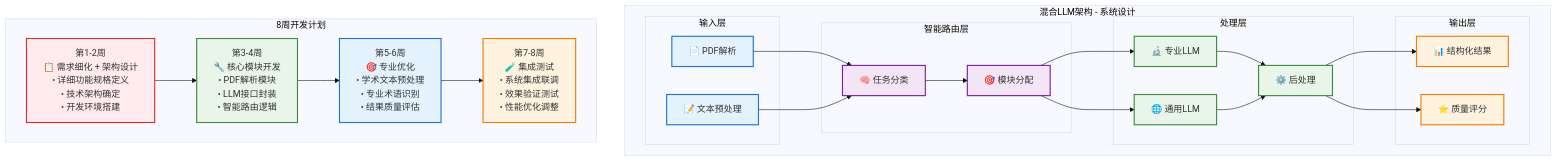
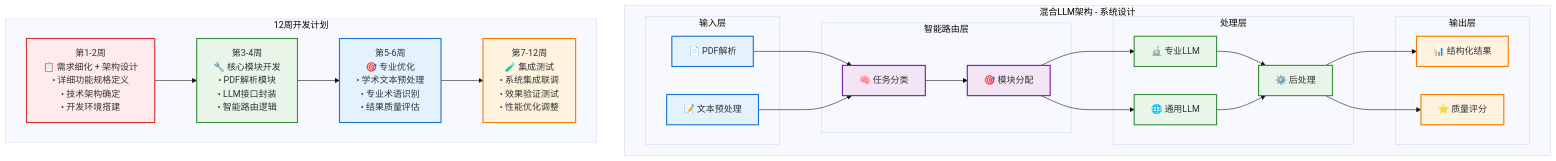
The diagram in Public_Course_Content/public/charts/hybrid_llm_architecture.md (sawyerbutton/DT-LLM-X-Course-Design), drawn with Mermaid (base theme) before and after one commit. The commit also changed other lines of this file and 15 other files, not shown here.

````diff
--- a/Public_Course_Content/public/charts/hybrid_llm_architecture.md
+++ b/Public_Course_Content/public/charts/hybrid_llm_architecture.md
@@ -5,58 +5,58 @@
 ```mermaid
 graph TD
     subgraph "混合LLM架构 - 系统设计"
         subgraph "输入层"
             A1["📄 PDF解析"]
             A2["📝 文本预处理"]
         end
         
         subgraph "智能路由层"
             B1["🧠 任务分类"]
             B2["🎯 模块分配"]
         end
         
         subgraph "处理层"
             C1["🔬 专业LLM"]
             C2["🌐 通用LLM"]
             C3["⚙️ 后处理"]
         end
         
         subgraph "输出层"
             D1["📊 结构化结果"]
             D2["⭐ 质量评分"]
         end
         
         A1 --> B1
         A2 --> B1
         B1 --> B2
         B2 --> C1
         B2 --> C2
         C1 --> C3
         C2 --> C3
         C3 --> D1
         C3 --> D2
     end
     
-    subgraph "8周开发计划"
+    subgraph "12周开发计划"
         E1["第1-2周<br/>📋 需求细化 + 架构设计<br/>• 详细功能规格定义<br/>• 技术架构确定<br/>• 开发环境搭建"]
         E2["第3-4周<br/>🔧 核心模块开发<br/>• PDF解析模块<br/>• LLM接口封装<br/>• 智能路由逻辑"]
         E3["第5-6周<br/>🎯 专业优化<br/>• 学术文本预处理<br/>• 专业术语识别<br/>• 结果质量评估"]
-        E4["第7-8周<br/>🧪 集成测试<br/>• 系统集成联调<br/>• 效果验证测试<br/>• 性能优化调整"]
+        E4["第7-12周<br/>🧪 集成测试<br/>• 系统集成联调<br/>• 效果验证测试<br/>• 性能优化调整"]
         
         E1 --> E2 --> E3 --> E4
     end
     
     style A1 fill:#E3F2FD,stroke:#1976D2,stroke-width:2px
     style A2 fill:#E3F2FD,stroke:#1976D2,stroke-width:2px
     style B1 fill:#F3E5F5,stroke:#7B1FA2,stroke-width:2px
     style B2 fill:#F3E5F5,stroke:#7B1FA2,stroke-width:2px
     style C1 fill:#E8F5E8,stroke:#388E3C,stroke-width:2px
     style C2 fill:#E8F5E8,stroke:#388E3C,stroke-width:2px
     style C3 fill:#E8F5E8,stroke:#388E3C,stroke-width:2px
     style D1 fill:#FFF3E0,stroke:#F57C00,stroke-width:2px
     style D2 fill:#FFF3E0,stroke:#F57C00,stroke-width:2px
     style E1 fill:#FFEBEE,stroke:#D32F2F,stroke-width:2px
     style E2 fill:#E8F5E8,stroke:#388E3C,stroke-width:2px
     style E3 fill:#E3F2FD,stroke:#1976D2,stroke-width:2px
     style E4 fill:#FFF3E0,stroke:#F57C00,stroke-width:2px
 ```
````
